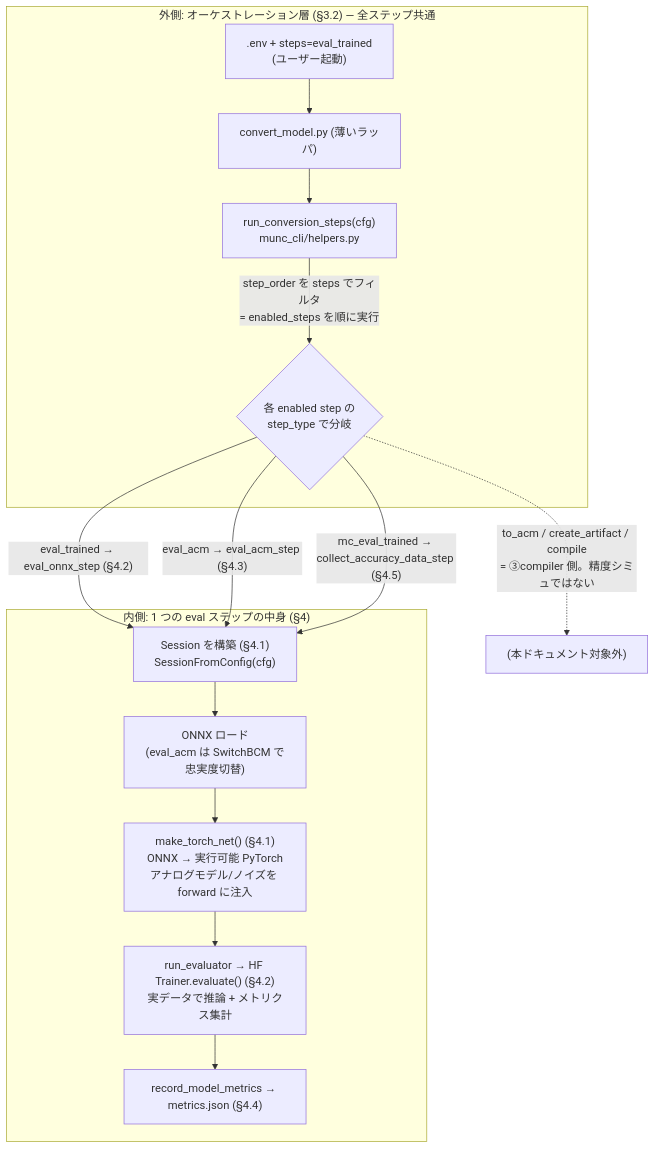
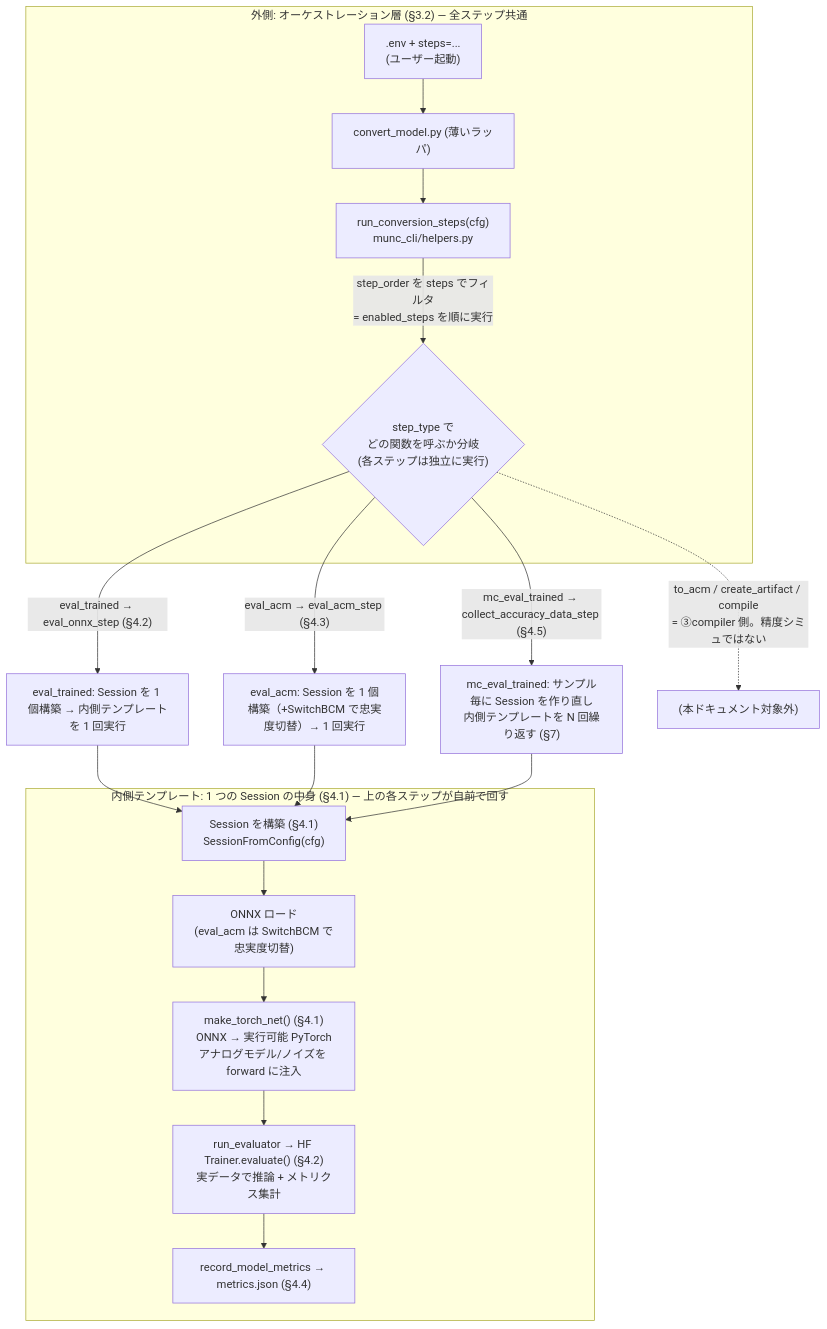
The diagram in doc/reverse-engineering/03_accuracy_simulation.md (ktoshima99/mythic-sdk-exploration), drawn with Mermaid before and after one commit. The commit also changed other lines of this file and 3 other files, not shown here.

First line of the commit message:
Organize orchestration layer (convert_model.py) across docs 00-03

````diff
--- a/doc/reverse-engineering/03_accuracy_simulation.md
+++ b/doc/reverse-engineering/03_accuracy_simulation.md
@@ -81,20 +83,24 @@
 ```mermaid
 flowchart TD
     subgraph OUTER["外側: オーケストレーション層 (§3.2) — 全ステップ共通"]
-        ENV[".env + steps=eval_trained<br/>(ユーザー起動)"] --> CM["convert_model.py (薄いラッパ)"]
+        ENV[".env + steps=...<br/>(ユーザー起動)"] --> CM["convert_model.py (薄いラッパ)"]
         CM --> RCS["run_conversion_steps(cfg)<br/>munc_cli/helpers.py"]
-        RCS -->|"step_order を steps でフィルタ<br/>= enabled_steps を順に実行"| PICK{"各 enabled step の<br/>step_type で分岐"}
+        RCS -->|"step_order を steps でフィルタ<br/>= enabled_steps を順に実行"| PICK{"step_type で<br/>どの関数を呼ぶか分岐<br/>(各ステップは独立に実行)"}
     end
 
-    PICK -->|"eval_trained → eval_onnx_step (§4.2)"| INNER
-    PICK -->|"eval_acm → eval_acm_step (§4.3)"| INNER
-    PICK -->|"mc_eval_trained → collect_accuracy_data_step (§4.5)"| INNER
+    PICK -->|"eval_trained → eval_onnx_step (§4.2)"| S1
+    PICK -->|"eval_acm → eval_acm_step (§4.3)"| S2
+    PICK -->|"mc_eval_trained → collect_accuracy_data_step (§4.5)"| S3
     PICK -.->|"to_acm / create_artifact / compile<br/>= ③compiler 側。精度シミュではない"| SKIP["(本ドキュメント対象外)"]
 
-    subgraph INNERBOX["内側: 1 つの eval ステップの中身 (§4)"]
+    S1["eval_trained: Session を 1 個構築 → 内側テンプレートを 1 回実行"] --> INNER
+    S2["eval_acm: Session を 1 個構築（+SwitchBCM で忠実度切替）→ 1 回実行"] --> INNER
+    S3["mc_eval_trained: サンプル毎に Session を作り直し<br/>内側テンプレートを N 回繰り返す (§7)"] --> INNER
+
+    subgraph INNERBOX["内側テンプレート: 1 つの Session の中身 (§4.1) — 上の各ステップが自前で回す"]
         INNER["Session を構築 (§4.1)<br/>SessionFromConfig(cfg)"] --> SESS["ONNX ロード<br/>(eval_acm は SwitchBCM で忠実度切替)"]
         SESS --> TN["make_torch_net() (§4.1)<br/>ONNX → 実行可能 PyTorch<br/>アナログモデル/ノイズを forward に注入"]
         TN --> EVAL["run_evaluator → HF Trainer.evaluate() (§4.2)<br/>実データで推論 + メトリクス集計"]
         EVAL --> OUT["record_model_metrics → metrics.json (§4.4)"]
     end
 ```
````
